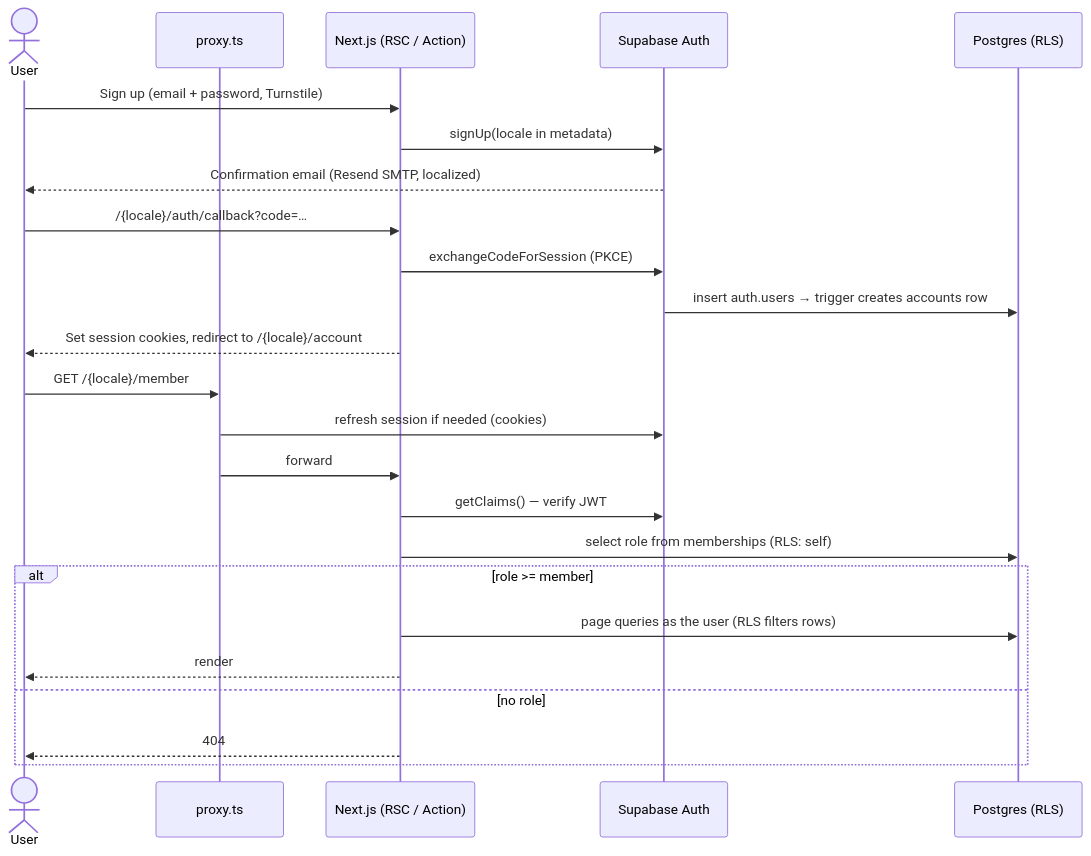
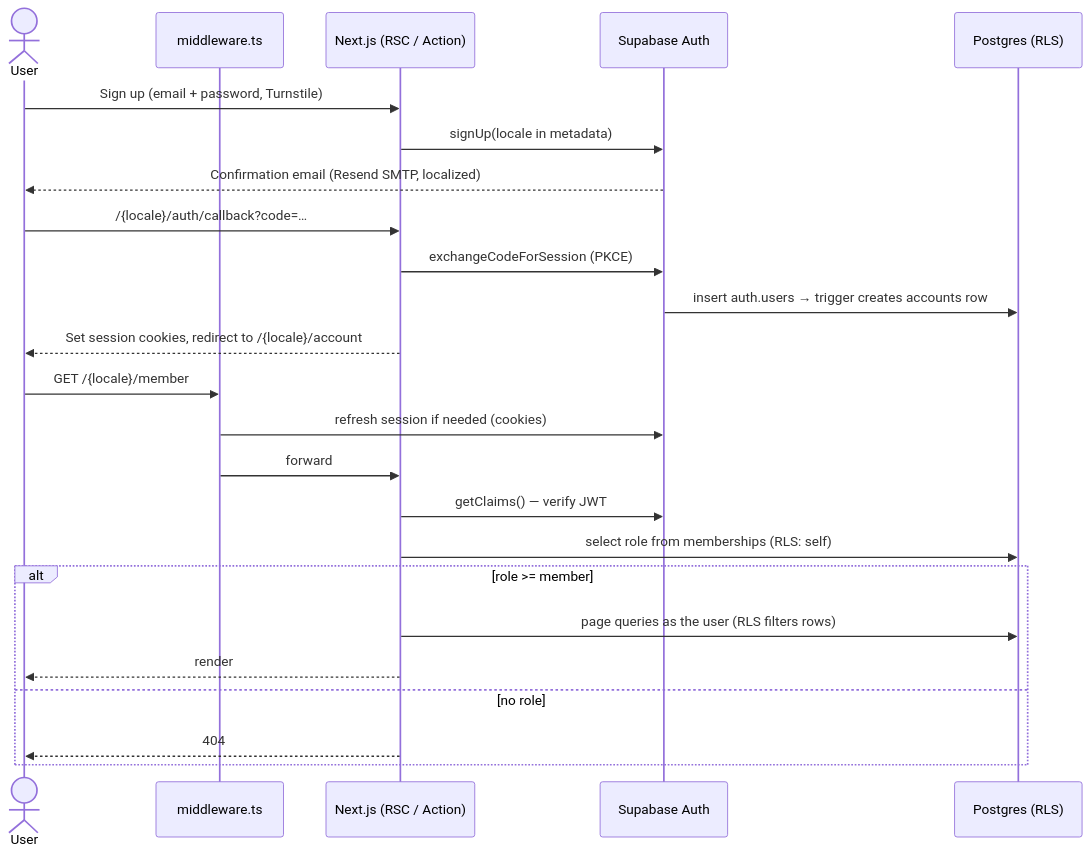
Before and after one commit to AzizLAKHDHAR/ACF-Website: the fourth of 4 diagrams in docs/architecture.md, drawn with Mermaid. The commit also changed other lines of this file and 222 other files, not shown here.

````diff
--- a/docs/architecture.md
+++ b/docs/architecture.md
@@ -430,28 +434,28 @@
 ```mermaid
 sequenceDiagram
   actor U as User
-  participant P as proxy.ts
+  participant P as middleware.ts
   participant N as Next.js (RSC / Action)
   participant A as Supabase Auth
   participant DB as Postgres (RLS)
 
   U->>N: Sign up (email + password, Turnstile)
   N->>A: signUp(locale in metadata)
   A-->>U: Confirmation email (Resend SMTP, localized)
   U->>N: /{locale}/auth/callback?code=…
   N->>A: exchangeCodeForSession (PKCE)
   A->>DB: insert auth.users → trigger creates accounts row
   N-->>U: Set session cookies, redirect to /{locale}/account
 
   U->>P: GET /{locale}/member
   P->>A: refresh session if needed (cookies)
   P->>N: forward
   N->>A: getClaims() — verify JWT
   N->>DB: select role from memberships (RLS: self)
   alt role >= member
     N->>DB: page queries as the user (RLS filters rows)
     N-->>U: render
   else no role
     N-->>U: 404
   end
 ```
````
